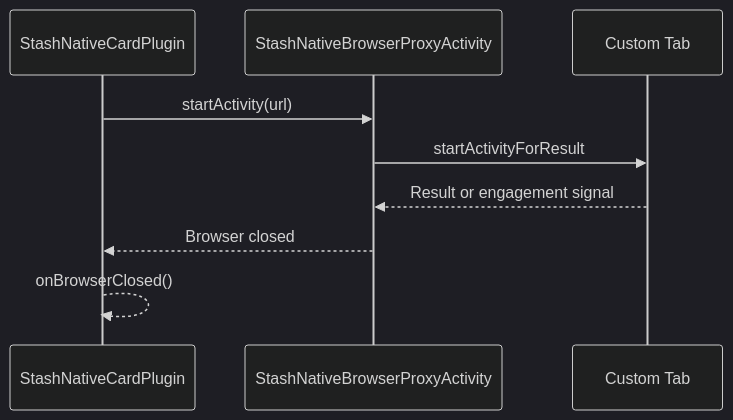
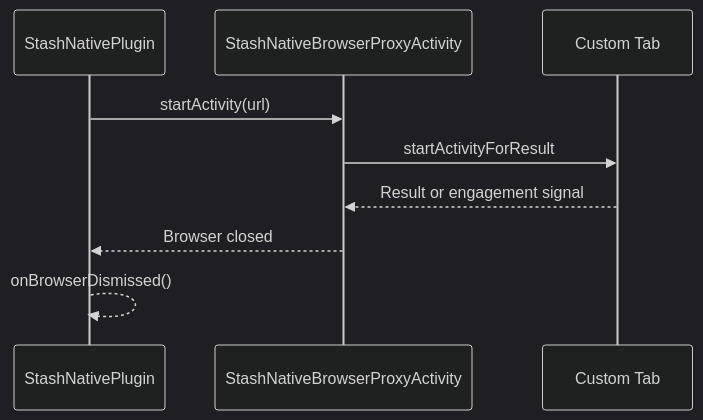
Before and after one commit to stashgg/stash-native: the second of 2 diagrams in docs/architecture/android.md, drawn with Mermaid (dark theme). The commit also changed other lines of this file and 92 other files, not shown here.

````diff
--- a/docs/architecture/android.md
+++ b/docs/architecture/android.md
@@ -96,12 +98,12 @@
 ```mermaid
 sequenceDiagram
-    participant Plugin as StashNativeCardPlugin
+    participant Plugin as StashNativePlugin
     participant Proxy as StashNativeBrowserProxyActivity
     participant Tab as Custom Tab
 
     Plugin->>Proxy: startActivity(url)
     Proxy->>Tab: startActivityForResult
     Tab-->>Proxy: Result or engagement signal
     Proxy-->>Plugin: Browser closed
-    Plugin-->>Plugin: onBrowserClosed()
+    Plugin-->>Plugin: onBrowserDismissed()
 ```
````
